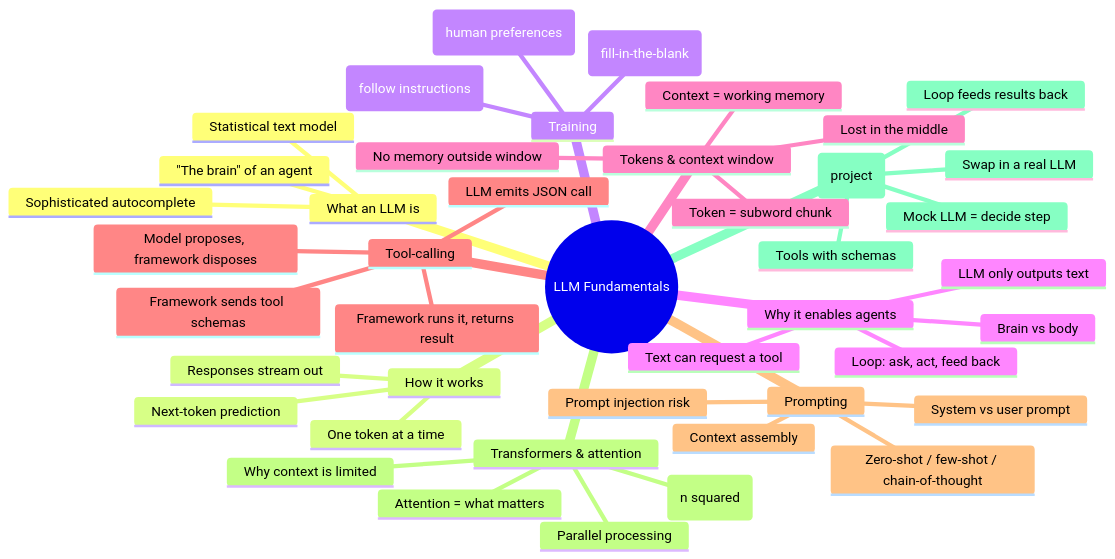
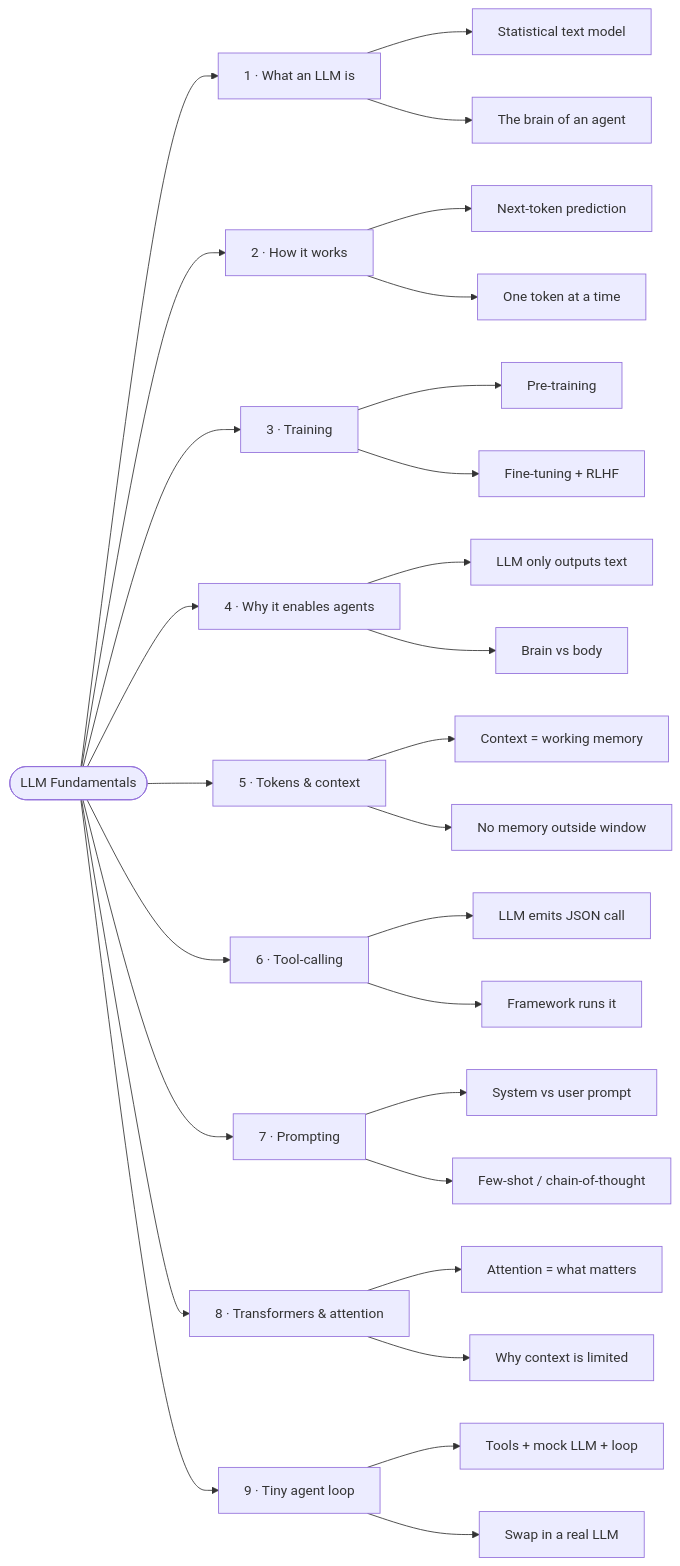
The diagram in 01-llm-fundamentals/README.md (kavya-gouda/learning-ai-in-public), drawn with Mermaid before and after one commit.

Commit message:
Replace mindmap with clearer left-to-right flowchart

````diff
--- a/01-llm-fundamentals/README.md
+++ b/01-llm-fundamentals/README.md
@@ -9,46 +9,41 @@
 ```mermaid
-mindmap
-  root((LLM Fundamentals))
-    What an LLM is
-      Statistical text model
-      "The brain" of an agent
-      Sophisticated autocomplete
-    How it works
-      Next-token prediction
-      One token at a time
-      Responses stream out
-    Training
-      Pre-training (fill-in-the-blank)
-      Fine-tuning (follow instructions)
-      RLHF (human preferences)
-    Why it enables agents
-      LLM only outputs text
-      Text can request a tool
-      Loop: ask, act, feed back
-      Brain vs body
-    Tokens & context window
-      Token = subword chunk
-      Context = working memory
-      No memory outside window
-      Lost in the middle
-    Tool-calling
-      Framework sends tool schemas
-      LLM emits JSON call
-      Framework runs it, returns result
-      Model proposes, framework disposes
-    Prompting
-      System vs user prompt
-      Context assembly
-      Zero-shot / few-shot / chain-of-thought
-      Prompt injection risk
-    Transformers & attention
-      Attention = what matters
-      Parallel processing
-      Self-attention is O(n squared)
-      Why context is limited
-    Tiny agent loop (project)
-      Tools with schemas
-      Mock LLM = decide step
-      Loop feeds results back
-      Swap in a real LLM
+flowchart LR
+  ROOT([LLM Fundamentals])
+
+  ROOT --> P1[1 · What an LLM is]
+  ROOT --> P2[2 · How it works]
+  ROOT --> P3[3 · Training]
+  ROOT --> P4[4 · Why it enables agents]
+  ROOT --> P5[5 · Tokens & context]
+  ROOT --> P6[6 · Tool-calling]
+  ROOT --> P7[7 · Prompting]
+  ROOT --> P8[8 · Transformers & attention]
+  ROOT --> P9[9 · Tiny agent loop]
+
+  P1 --> P1a[Statistical text model]
+  P1 --> P1b[The brain of an agent]
+
+  P2 --> P2a[Next-token prediction]
+  P2 --> P2b[One token at a time]
+
+  P3 --> P3a[Pre-training]
+  P3 --> P3b[Fine-tuning + RLHF]
+
+  P4 --> P4a[LLM only outputs text]
+  P4 --> P4b[Brain vs body]
+
+  P5 --> P5a[Context = working memory]
+  P5 --> P5b[No memory outside window]
+
+  P6 --> P6a[LLM emits JSON call]
+  P6 --> P6b[Framework runs it]
+
+  P7 --> P7a[System vs user prompt]
+  P7 --> P7b[Few-shot / chain-of-thought]
+
+  P8 --> P8a[Attention = what matters]
+  P8 --> P8b[Why context is limited]
+
+  P9 --> P9a[Tools + mock LLM + loop]
+  P9 --> P9b[Swap in a real LLM]
 ```
````
